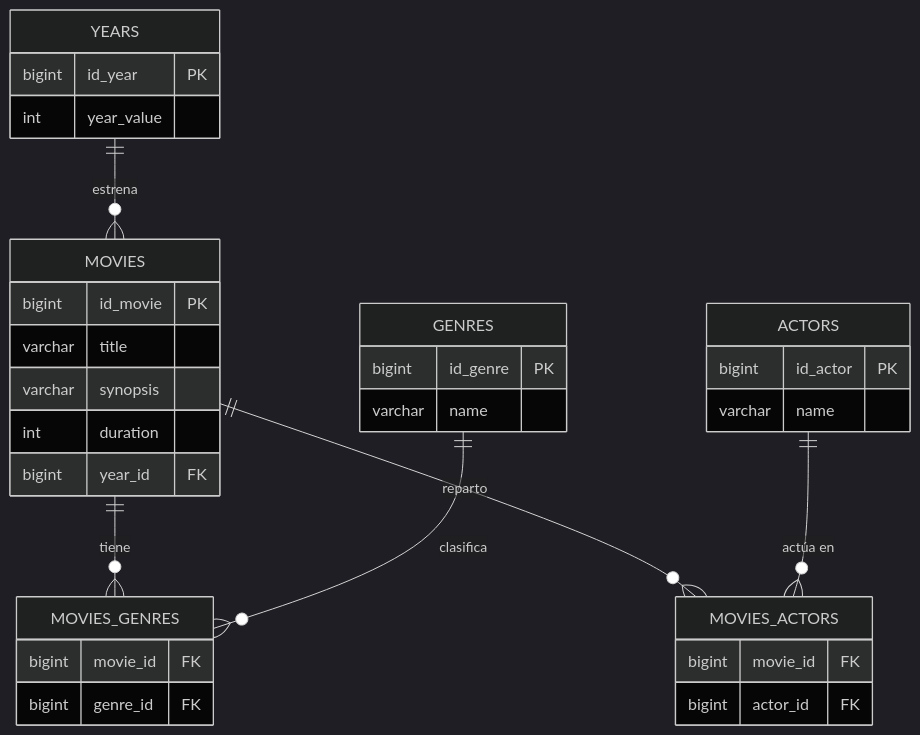
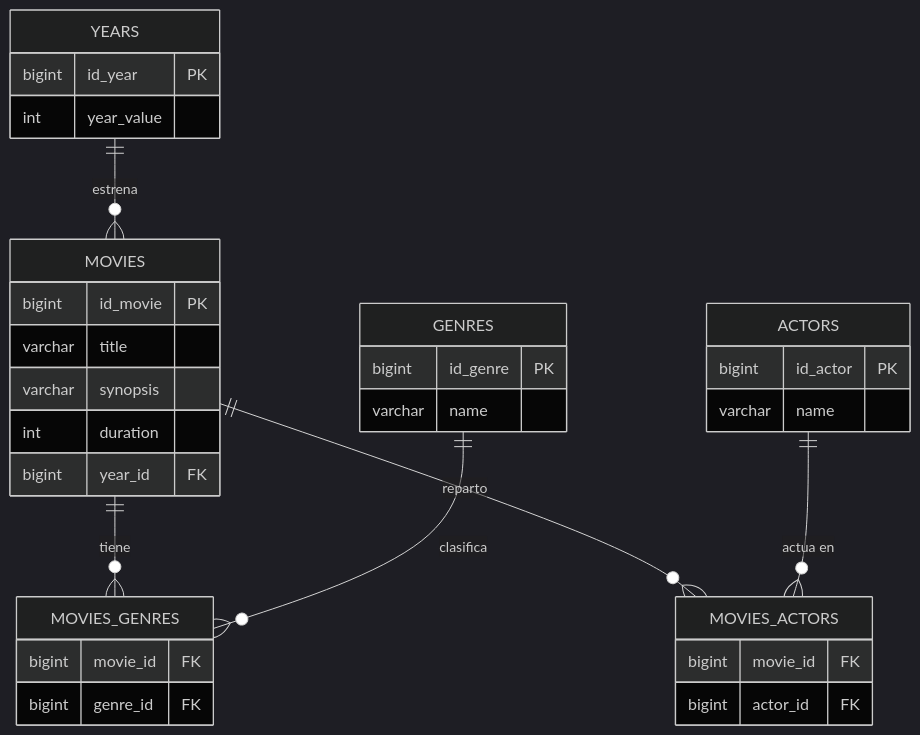
The diagram in README.md (IulianDev27/movies-api), drawn with Mermaid (dark theme) before and after one commit. The commit also changed other lines of this file, not shown here.

````diff
--- a/README.md
+++ b/README.md
@@ -35,36 +167,36 @@
 ```mermaid
 erDiagram
     YEARS {
         bigint id_year PK
         int year_value
     }
     MOVIES {
         bigint id_movie PK
         varchar title
         varchar synopsis
         int duration
         bigint year_id FK
     }
     GENRES {
         bigint id_genre PK
         varchar name
     }
     ACTORS {
         bigint id_actor PK
         varchar name
     }
     MOVIES_GENRES {
         bigint movie_id FK
         bigint genre_id FK
     }
     MOVIES_ACTORS {
         bigint movie_id FK
         bigint actor_id FK
     }
 
     YEARS        ||--o{ MOVIES        : "estrena"
     MOVIES       ||--o{ MOVIES_GENRES : "tiene"
     GENRES       ||--o{ MOVIES_GENRES : "clasifica"
     MOVIES       ||--o{ MOVIES_ACTORS : "reparto"
-    ACTORS       ||--o{ MOVIES_ACTORS : "actúa en"
+    ACTORS       ||--o{ MOVIES_ACTORS : "actua en"
 ```
````
